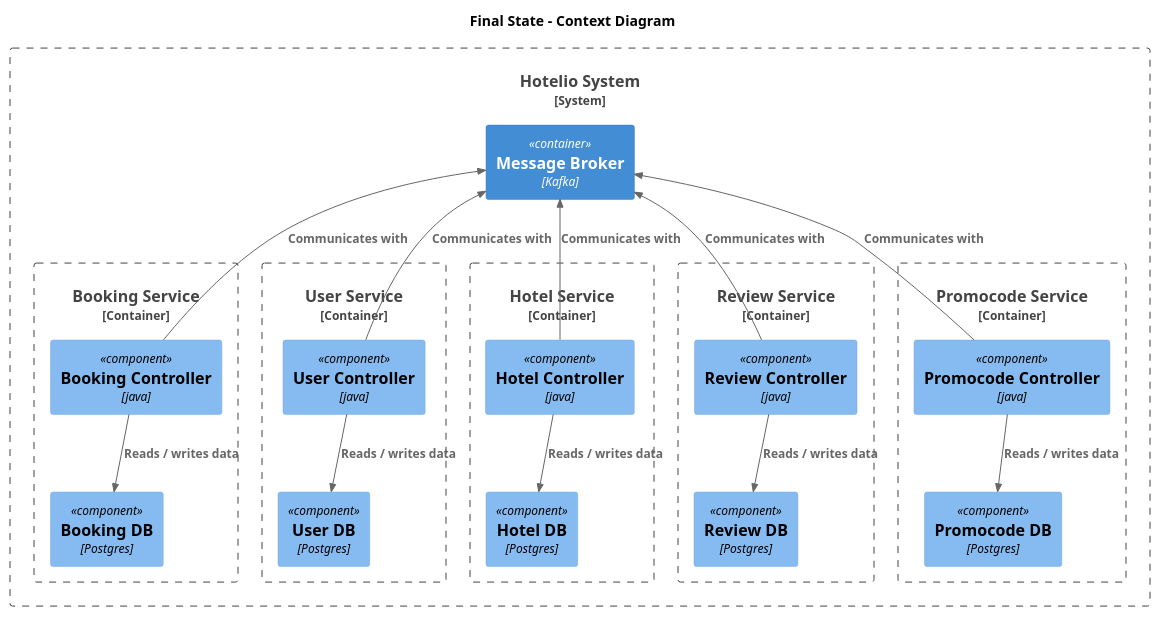
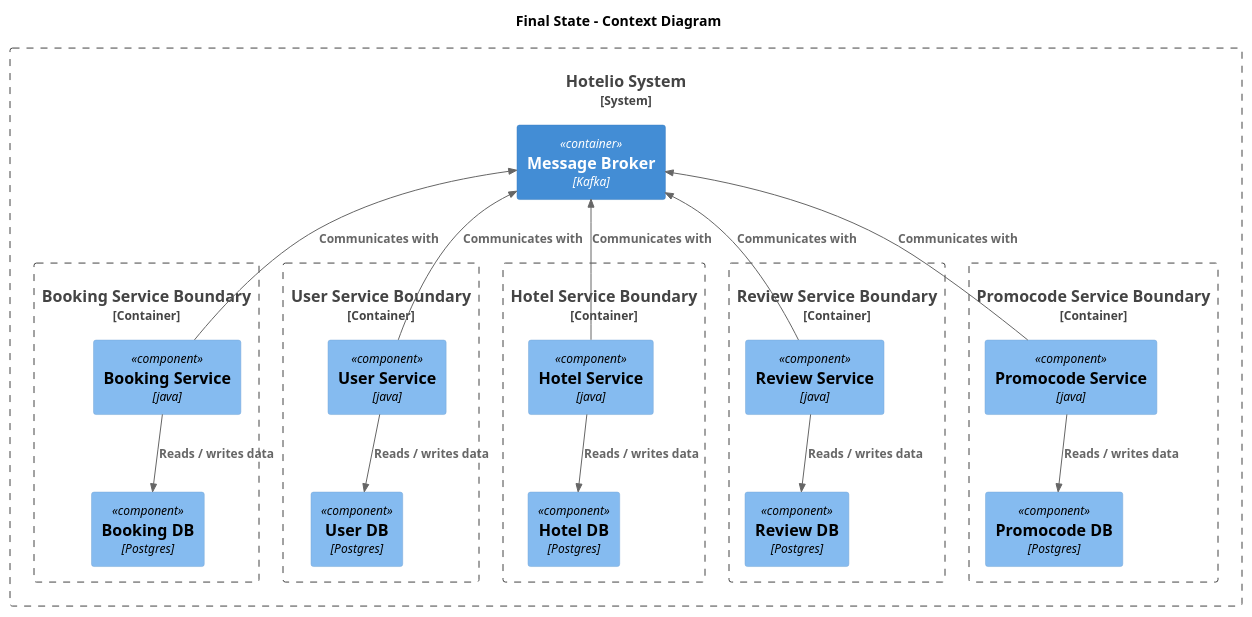
The diagram in tasks/task1/results/context_03.puml (WowSoLaggy/msa-sprint2), drawn with PlantUML before and after one commit. The commit also changed 3 other files, not shown here.

```diff
--- a/tasks/task1/results/context_03.puml
+++ b/tasks/task1/results/context_03.puml
@@ -1,46 +1,46 @@
 @startuml context_03.puml
 title Final State - Context Diagram
 
 !includeurl https://raw.githubusercontent.com/RicardoNiepel/C4-PlantUML/master/C4_Component.puml
 
 
 ' Systems
 
 System_Boundary(hotelio_boundary, "Hotelio System") {
 
   Container(broker, "Message Broker", "Kafka")
 
-  Container_Boundary(booking_service, "Booking Service") {
-    Component(booking_ctl, "Booking Controller", "java")
+  Container_Boundary(booking_service_boundary, "Booking Service Boundary") {
+    Component(booking_service, "Booking Service", "java")
     Component(booking_db, "Booking DB", "Postgres")
-    Rel(booking_ctl, booking_db, "Reads / writes data")
+    Rel(booking_service, booking_db, "Reads / writes data")
   }
-  Container_Boundary(user_service, "User Service") {
-    Component(user_ctl, "User Controller", "java")
+  Container_Boundary(user_service_boundary, "User Service Boundary") {
+    Component(user_service, "User Service", "java")
     Component(user_db, "User DB", "Postgres")
-    Rel(user_ctl, user_db, "Reads / writes data")
+    Rel(user_service, user_db, "Reads / writes data")
   }
-  Container_Boundary(hotel_service, "Hotel Service") {
-    Component(hotel_ctl, "Hotel Controller", "java")
+  Container_Boundary(hotel_service_boundary, "Hotel Service Boundary") {
+    Component(hotel_service, "Hotel Service", "java")
     Component(hotel_db, "Hotel DB", "Postgres")
-    Rel(hotel_ctl, hotel_db, "Reads / writes data")
+    Rel(hotel_service, hotel_db, "Reads / writes data")
   }
-  Container_Boundary(review_service, "Review Service") {
-    Component(review_ctl, "Review Controller", "java")
+  Container_Boundary(review_service_boundary, "Review Service Boundary") {
+    Component(review_service, "Review Service", "java")
     Component(review_db, "Review DB", "Postgres")
-    Rel(review_ctl, review_db, "Reads / writes data")
+    Rel(review_service, review_db, "Reads / writes data")
   }
-  Container_Boundary(promocode_service, "Promocode Service") {
-    Component(promocode_ctl, "Promocode Controller", "java")
+  Container_Boundary(promocode_service_boundary, "Promocode Service Boundary") {
+    Component(promocode_service, "Promocode Service", "java")
     Component(promocode_db, "Promocode DB", "Postgres")
-    Rel(promocode_ctl, promocode_db, "Reads / writes data")
+    Rel(promocode_service, promocode_db, "Reads / writes data")
   }
 
-  Rel_U(booking_ctl, broker, "Communicates with")
-  Rel_U(user_ctl, broker, "Communicates with")
-  Rel_U(hotel_ctl, broker, "Communicates with")
-  Rel_U(review_ctl, broker, "Communicates with")
-  Rel_U(promocode_ctl, broker, "Communicates with")
+  Rel_U(booking_service, broker, "Communicates with")
+  Rel_U(user_service, broker, "Communicates with")
+  Rel_U(hotel_service, broker, "Communicates with")
+  Rel_U(review_service, broker, "Communicates with")
+  Rel_U(promocode_service, broker, "Communicates with")
 }
 
 @enduml
```
